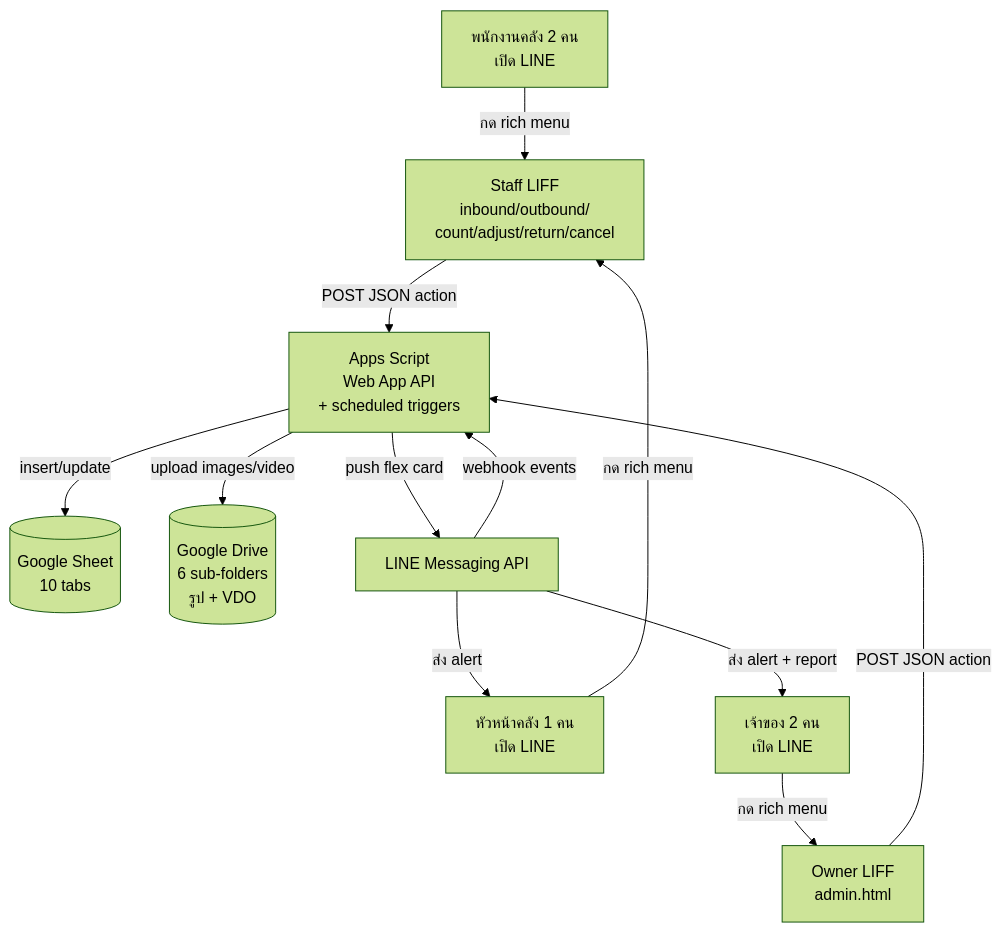
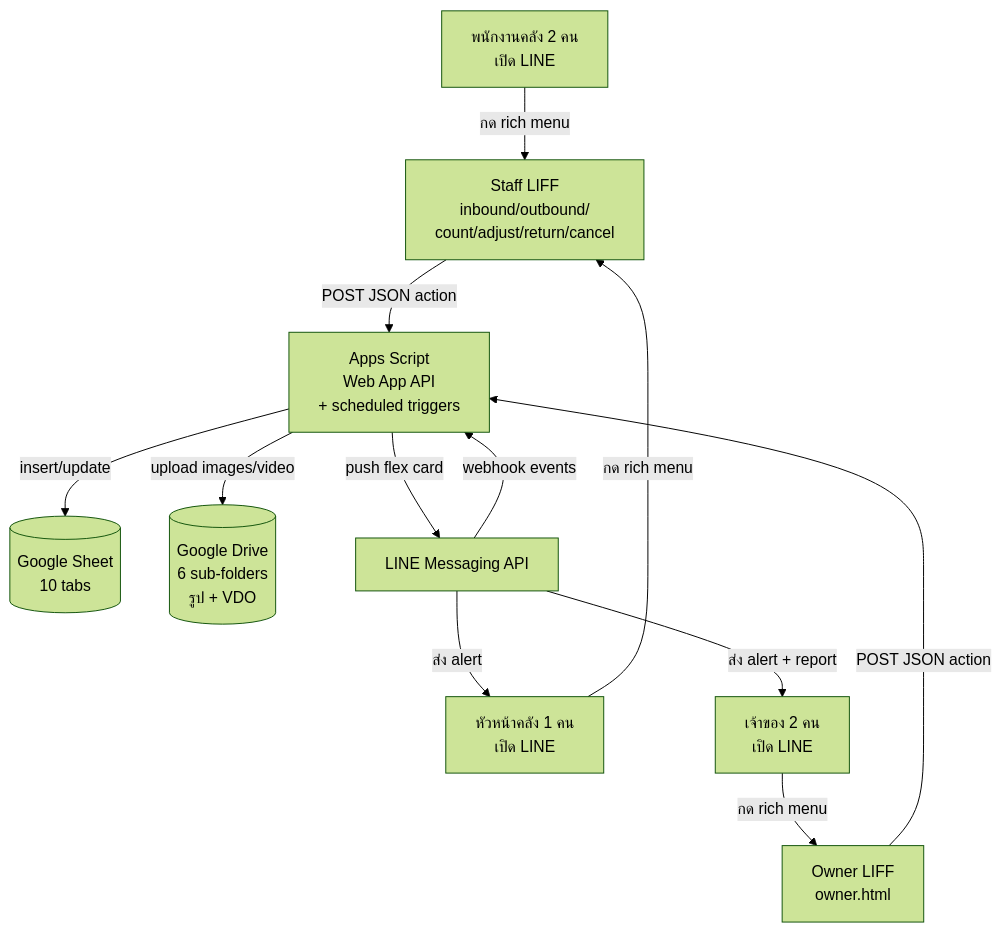
One commit to pariwat-aruno/vorda-warehouse changed the diagram in docs/architecture.md. Above: the diagram before and after it, drawn with Mermaid (forest theme). The commit also changed other lines of this file and 10 other files, not shown here.

First line of the commit message:
refactor: rename admin → owner everywhere

````diff
--- a/docs/architecture.md
+++ b/docs/architecture.md
@@ -9,29 +9,29 @@
 ```mermaid
 graph TD
     STAFF[พนักงานคลัง 2 คน<br/>เปิด LINE]
     SUP[หัวหน้าคลัง 1 คน<br/>เปิด LINE]
     OWNER[เจ้าของ 2 คน<br/>เปิด LINE]
 
     LIFF_S[Staff LIFF<br/>inbound/outbound/<br/>count/adjust/return/cancel]
-    LIFF_A[Owner LIFF<br/>admin.html]
+    LIFF_A[Owner LIFF<br/>owner.html]
 
     APPS[Apps Script<br/>Web App API<br/>+ scheduled triggers]
     SHEET[(Google Sheet<br/>10 tabs)]
     DRIVE[(Google Drive<br/>6 sub-folders<br/>รูป + VDO)]
     LINE[LINE Messaging API]
 
     STAFF -->|กด rich menu| LIFF_S
     SUP -->|กด rich menu| LIFF_S
     OWNER -->|กด rich menu| LIFF_A
 
     LIFF_S -->|POST JSON action| APPS
     LIFF_A -->|POST JSON action| APPS
 
     APPS -->|insert/update| SHEET
     APPS -->|upload images/video| DRIVE
     APPS -->|push flex card| LINE
 
     LINE -->|ส่ง alert| SUP
     LINE -->|ส่ง alert + report| OWNER
     LINE -->|webhook events| APPS
 ```
````
